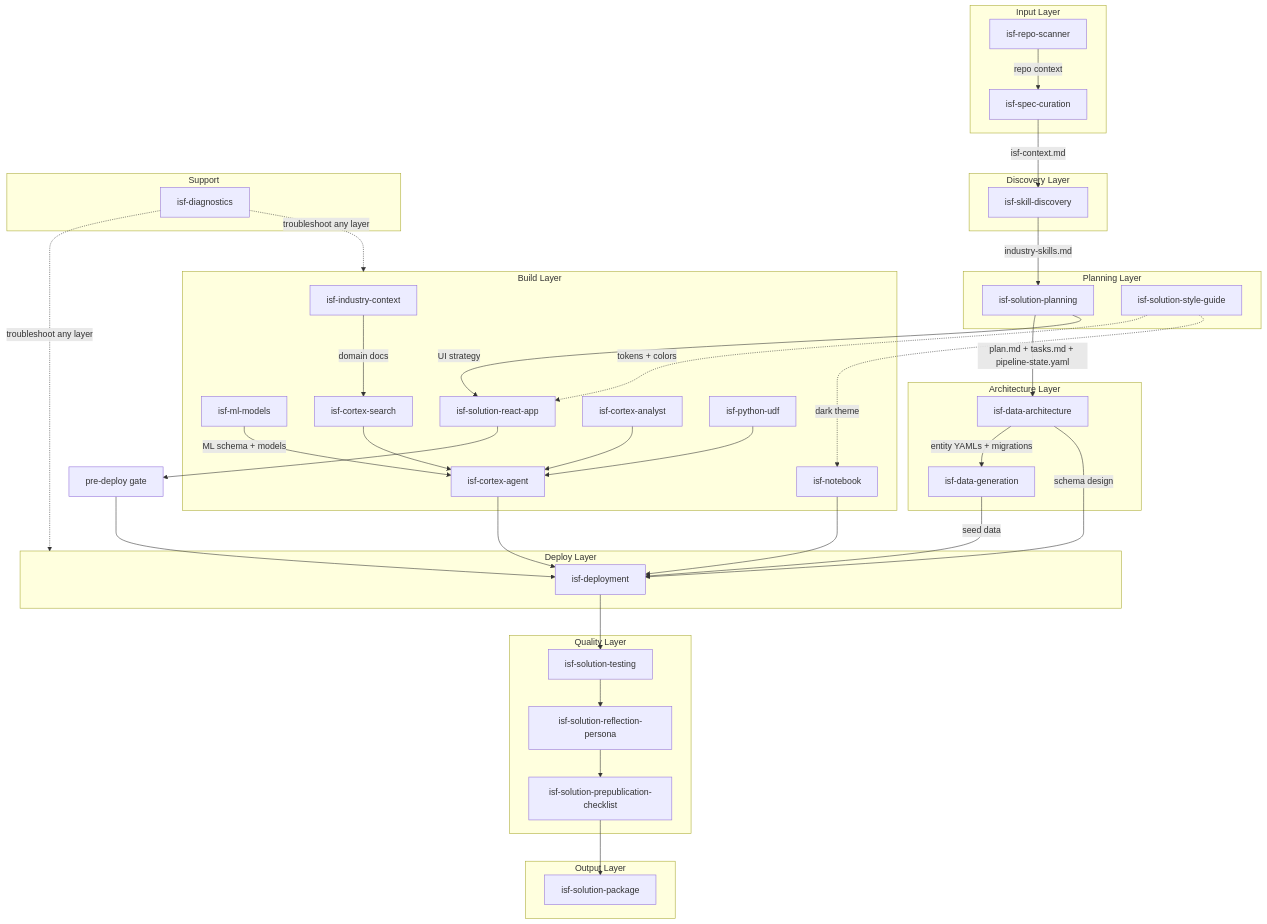
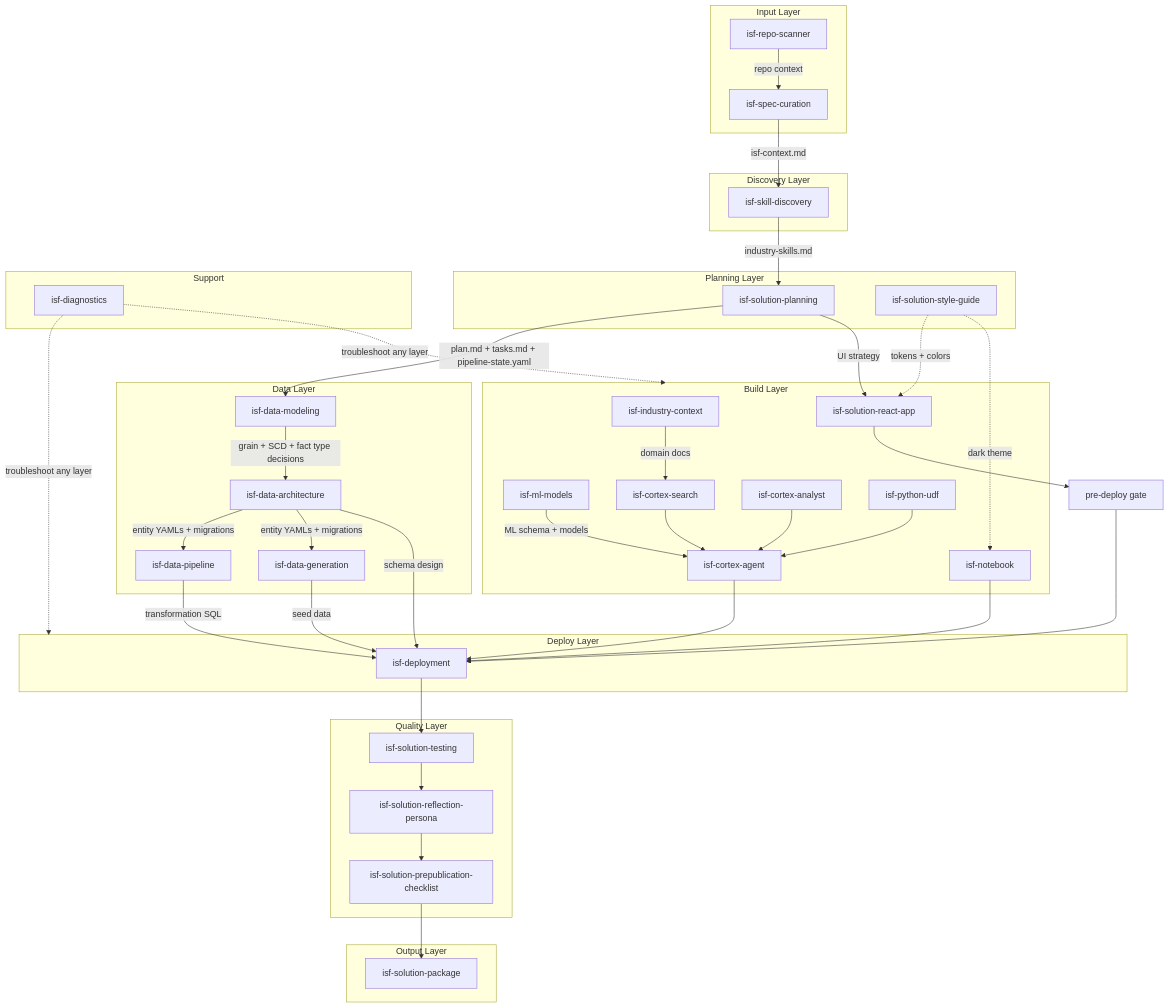
One commit to sfc-gh-jurrutia/isf-kit changed the diagram in isf-skills/isf-skills-docs/STATUS.md. Above: the diagram before and after it, drawn with Mermaid. The commit also changed other lines of this file and 47 other files, not shown here.

````diff
--- a/isf-skills/isf-skills-docs/STATUS.md
+++ b/isf-skills/isf-skills-docs/STATUS.md
@@ -9,76 +9,81 @@
 ```mermaid
 flowchart TD
   subgraph input [Input Layer]
     SC[isf-spec-curation]
     RS[isf-repo-scanner]
   end
 
   subgraph discovery [Discovery Layer]
     SD[isf-skill-discovery]
   end
 
   subgraph plan [Planning Layer]
     SP[isf-solution-planning]
     SG[isf-solution-style-guide]
   end
 
-  subgraph arch [Architecture Layer]
+  subgraph arch [Data Layer]
+    DM[isf-data-modeling]
     DA[isf-data-architecture]
+    DPIPE[isf-data-pipeline]
     DG[isf-data-generation]
   end
 
   subgraph build [Build Layer]
     IC[isf-industry-context]
     ML[isf-ml-models]
     RA[isf-solution-react-app]
     CA[isf-cortex-agent]
     CS[isf-cortex-search]
     CL[isf-cortex-analyst]
     PU[isf-python-udf]
     NB[isf-notebook]
   end
 
   subgraph deploy [Deploy Layer]
     DP[isf-deployment]
   end
 
   subgraph quality [Quality Layer]
     ST[isf-solution-testing]
     RP[isf-solution-reflection-persona]
     PC[isf-solution-prepublication-checklist]
   end
 
   subgraph output [Output Layer]
     PK[isf-solution-package]
   end
 
   subgraph support [Support]
     DX[isf-diagnostics]
   end
 
   RS -->|"repo context"| SC
   SC -->|"isf-context.md"| SD
   SD -->|"industry-skills.md"| SP
   SG -.->|"tokens + colors"| RA
   SG -.->|"dark theme"| NB
-  SP -->|"plan.md + tasks.md + pipeline-state.yaml"| DA
+  SP -->|"plan.md + tasks.md + pipeline-state.yaml"| DM
+  DM -->|"grain + SCD + fact type decisions"| DA
+  DA -->|"entity YAMLs + migrations"| DPIPE
   DA -->|"entity YAMLs + migrations"| DG
+  DPIPE -->|"transformation SQL"| DP
   DA -->|"schema design"| DP
   DG -->|"seed data"| DP
   SP -->|"UI strategy"| RA
   CA --> DP
   IC -->|"domain docs"| CS
   ML -->|"ML schema + models"| CA
   CS --> CA
   CL --> CA
   PU --> CA
   RA --> gate
   gate[pre-deploy gate] --> DP
   NB --> DP
   DP --> ST
   ST --> RP
   RP --> PC
   PC --> PK
   DX -.->|"troubleshoot any layer"| deploy
   DX -.->|"troubleshoot any layer"| build
 ```
````
